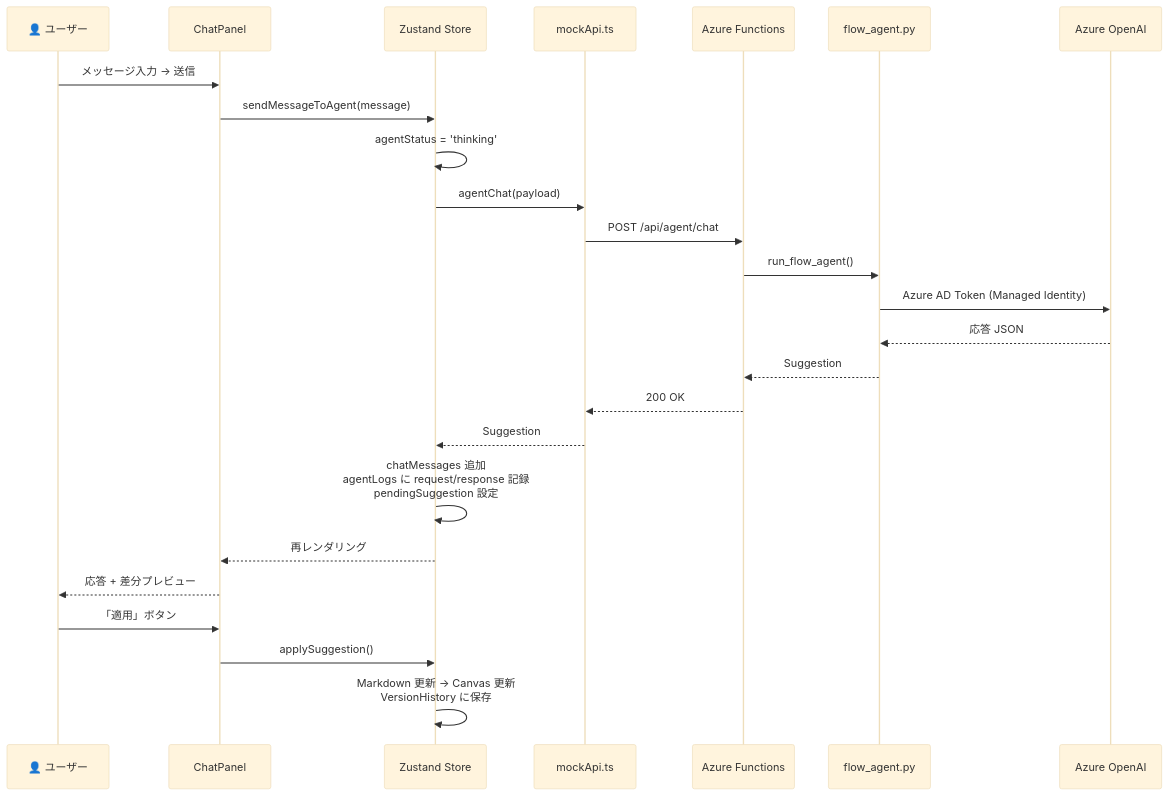
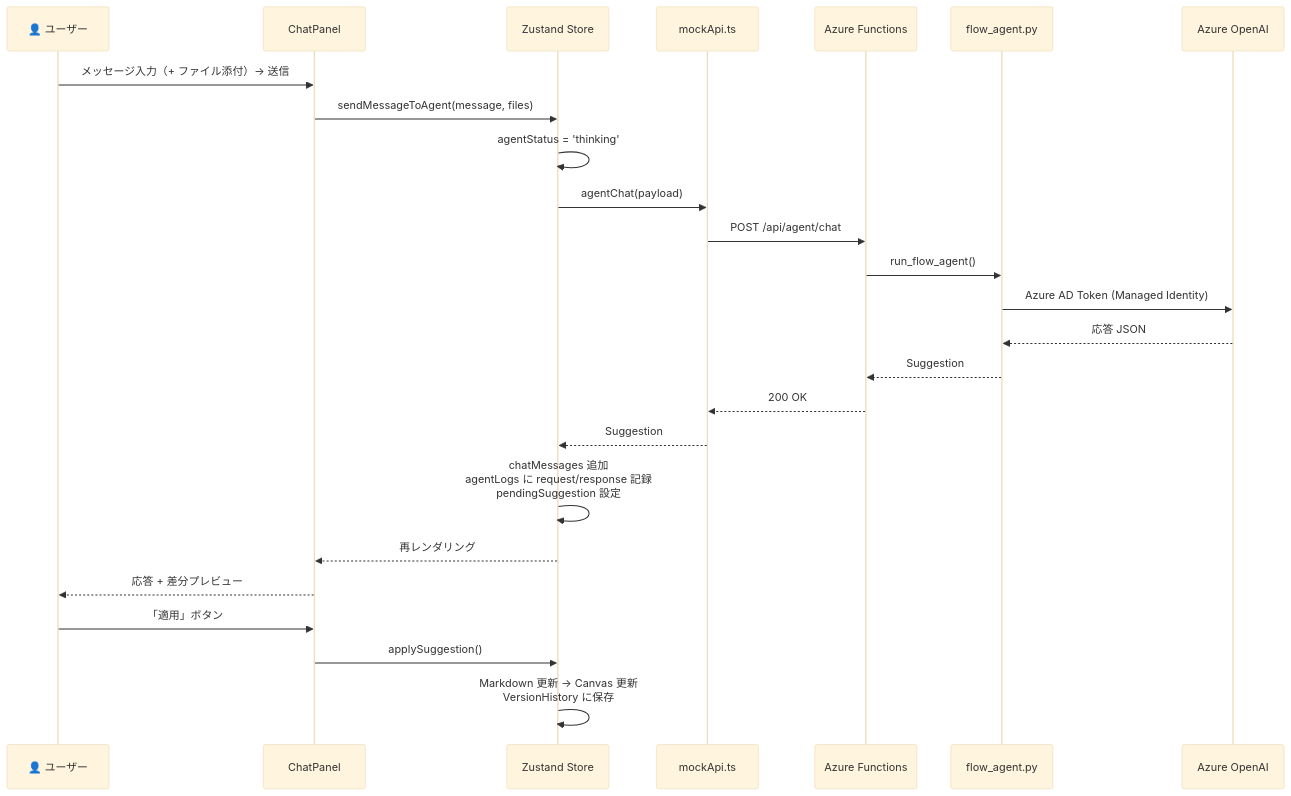
The second of 4 diagrams in README.md (geekfujiwara/FlowNote), drawn with Mermaid (base theme) before and after one commit. The commit also changed other lines of this file, not shown here.

````diff
--- a/README.md
+++ b/README.md
@@ -137,28 +158,28 @@
 ```mermaid
 sequenceDiagram
     participant U as 👤 ユーザー
     participant CP as ChatPanel
     participant ZS as Zustand Store
     participant API as mockApi.ts
     participant AZF as Azure Functions
     participant AFW as flow_agent.py
     participant AOAI as Azure OpenAI
 
-    U->>CP: メッセージ入力 → 送信
-    CP->>ZS: sendMessageToAgent(message)
+    U->>CP: メッセージ入力（+ ファイル添付）→ 送信
+    CP->>ZS: sendMessageToAgent(message, files)
     ZS->>ZS: agentStatus = 'thinking'
     ZS->>API: agentChat(payload)
     API->>AZF: POST /api/agent/chat
     AZF->>AFW: run_flow_agent()
     AFW->>AOAI: Azure AD Token (Managed Identity)
     AOAI-->>AFW: 応答 JSON
     AFW-->>AZF: Suggestion
     AZF-->>API: 200 OK
     API-->>ZS: Suggestion
     ZS->>ZS: chatMessages 追加<br/>agentLogs に request/response 記録<br/>pendingSuggestion 設定
     ZS-->>CP: 再レンダリング
     CP-->>U: 応答 + 差分プレビュー
     U->>CP: 「適用」ボタン
     CP->>ZS: applySuggestion()
     ZS->>ZS: Markdown 更新 → Canvas 更新<br/>VersionHistory に保存
 ```
````
